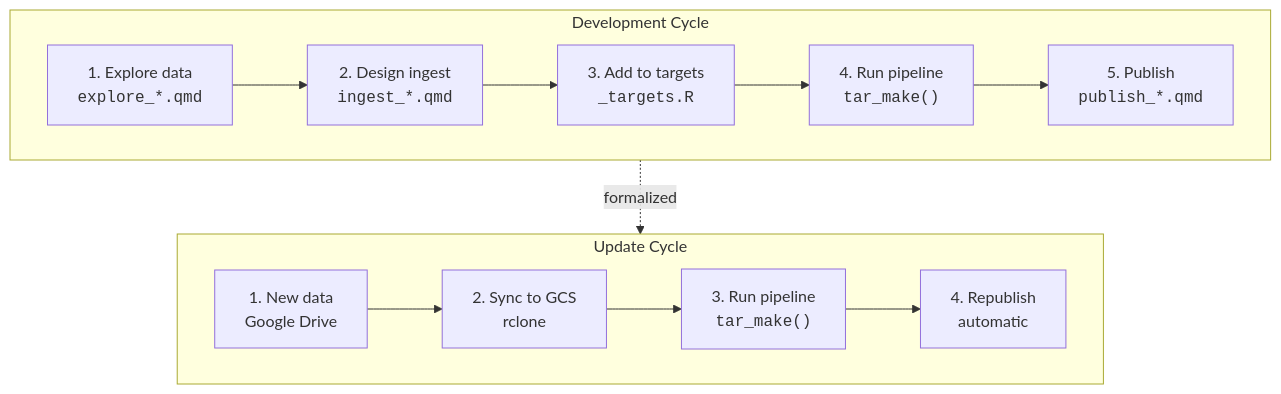
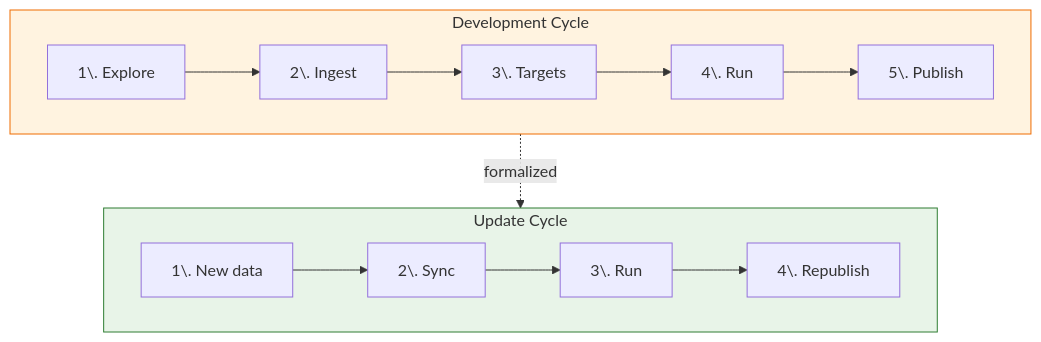
The seventh of 9 diagrams in README_PLAN.qmd (CalCOFI/workflows), drawn with Mermaid before and after one commit. The commit also changed other lines of this file and 1 other file, not shown here.

Commit message:
mmd diagram cleanup

````diff
--- a/README_PLAN.qmd
+++ b/README_PLAN.qmd
@@ -1150,26 +1159,29 @@
 ```{mermaid}
 %%| label: fig-lifecycle
 %%| fig-cap: "Development and Update Cycles"
 
 flowchart TB
     subgraph dev["Development Cycle"]
         direction LR
-        d1["1. Explore data<br/><code>explore_*.qmd</code>"]
-        d2["2. Design ingest<br/><code>ingest_*.qmd</code>"]
-        d3["3. Add to targets<br/><code>_targets.R</code>"]
-        d4["4. Run pipeline<br/><code>tar_make()</code>"]
-        d5["5. Publish<br/><code>publish_*.qmd</code>"]
+        d1["1\. Explore"]
+        d2["2\. Ingest"]
+        d3["3\. Targets"]
+        d4["4\. Run"]
+        d5["5\. Publish"]
         d1 --> d2 --> d3 --> d4 --> d5
     end
 
     subgraph update["Update Cycle"]
         direction LR
-        u1["1. New data<br/>Google Drive"]
-        u2["2. Sync to GCS<br/>rclone"]
-        u3["3. Run pipeline<br/><code>tar_make()</code>"]
-        u4["4. Republish<br/>automatic"]
+        u1["1\. New data"]
+        u2["2\. Sync"]
+        u3["3\. Run"]
+        u4["4\. Republish"]
         u1 --> u2 --> u3 --> u4
     end
 
     dev -.->|"formalized"| update
+
+    style dev fill:#fff3e0,stroke:#ef6c00
+    style update fill:#e8f4e8,stroke:#2e7d32
 ```
````
